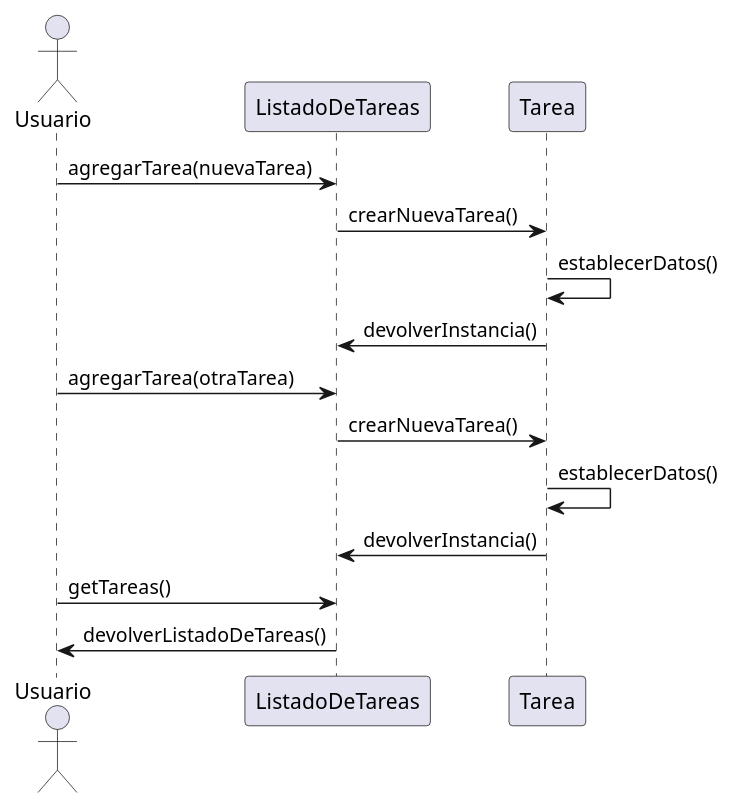
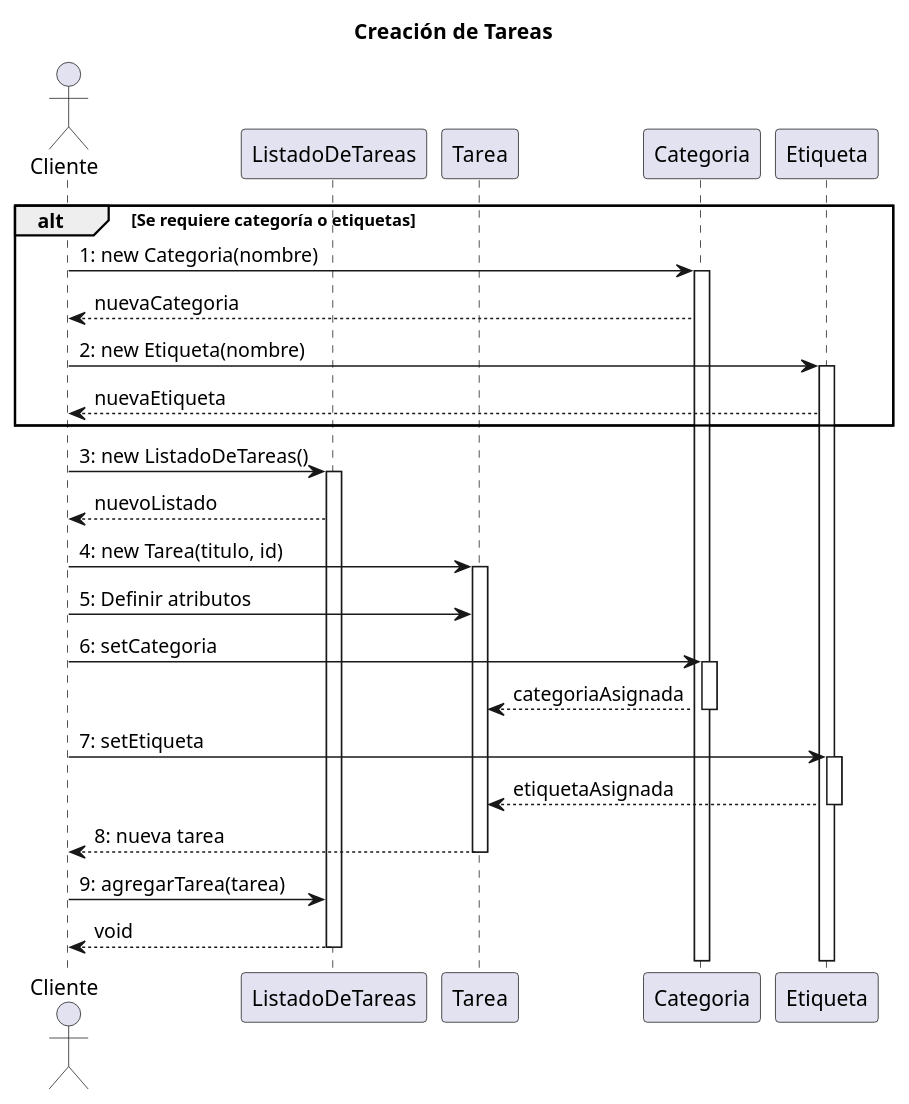
Before and after one commit to FrancisLuna/ToDo-POO-Grupo-9: the diagram in Diagrama/diagramaSecuenciaGeneracionListTareas.puml, drawn with PlantUML. The commit also changed 3 other files, not shown here.

Commit message:
refactor: Remove outdated sequence diagrams

```diff
--- a/Diagrama/diagramaSecuenciaGeneracionListTareas.puml
+++ b/Diagrama/diagramaSecuenciaGeneracionListTareas.puml
@@ -1,19 +1,36 @@
 @startuml
-actor Usuario
-participant "ListadoDeTareas" as ListadoDeTareas
-participant "Tarea" as Tarea
+title Creación de Tareas
 
-Usuario -> ListadoDeTareas : agregarTarea(nuevaTarea)
-ListadoDeTareas -> Tarea : crearNuevaTarea()
-Tarea -> Tarea : establecerDatos()
-Tarea -> ListadoDeTareas : devolverInstancia()
+actor Cliente
+participant "ListadoDeTareas" as listado
+participant "Tarea" as tarea
+participant "Categoria" as categoria
+participant "Etiqueta" as etiqueta
 
-Usuario -> ListadoDeTareas : agregarTarea(otraTarea)
-ListadoDeTareas -> Tarea : crearNuevaTarea()
-Tarea -> Tarea : establecerDatos()
-Tarea -> ListadoDeTareas : devolverInstancia()
+alt Se requiere categoría o etiquetas
+  Cliente -> categoria ++: 1: new Categoria(nombre)
+  categoria --> Cliente: nuevaCategoria
 
-Usuario -> ListadoDeTareas : getTareas()
-ListadoDeTareas -> Usuario : devolverListadoDeTareas()
+  Cliente -> etiqueta ++: 2: new Etiqueta(nombre)
+  etiqueta --> Cliente: nuevaEtiqueta
+end
 
+Cliente -> listado ++: 3: new ListadoDeTareas()
+listado --> Cliente: nuevoListado
+
+Cliente -> tarea ++: 4: new Tarea(titulo, id)
+
+Cliente -> tarea: 5: Definir atributos
+Cliente -> categoria ++: 6: setCategoria
+categoria --> tarea: categoriaAsignada
+deactivate categoria
+
+Cliente -> etiqueta ++: 7: setEtiqueta
+etiqueta --> tarea: etiquetaAsignada
+deactivate etiqueta
+
+tarea --> Cliente --: 8: nueva tarea
+
+Cliente -> listado: 9: agregarTarea(tarea)
+listado --> Cliente --: void
 @enduml
```
